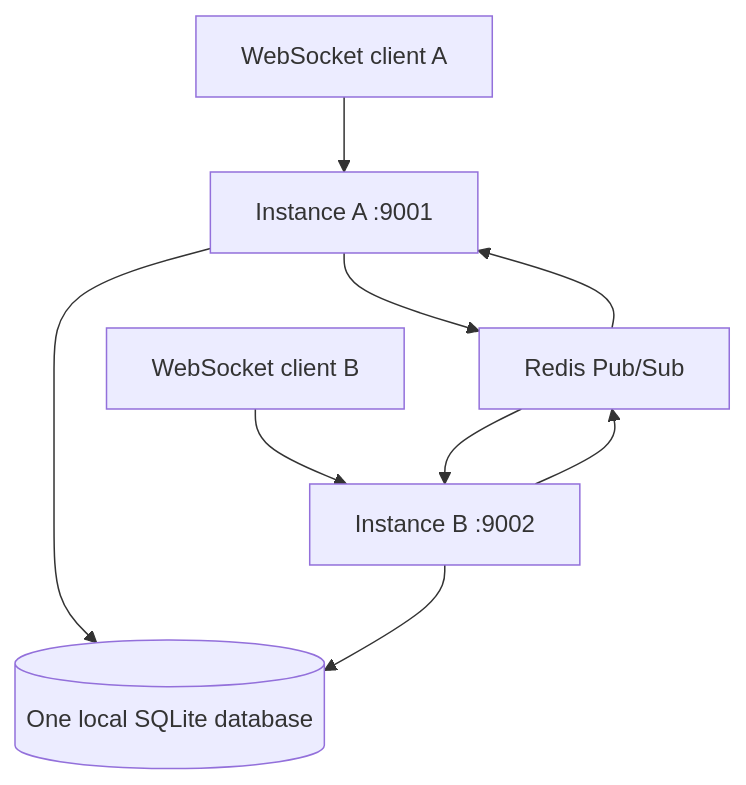
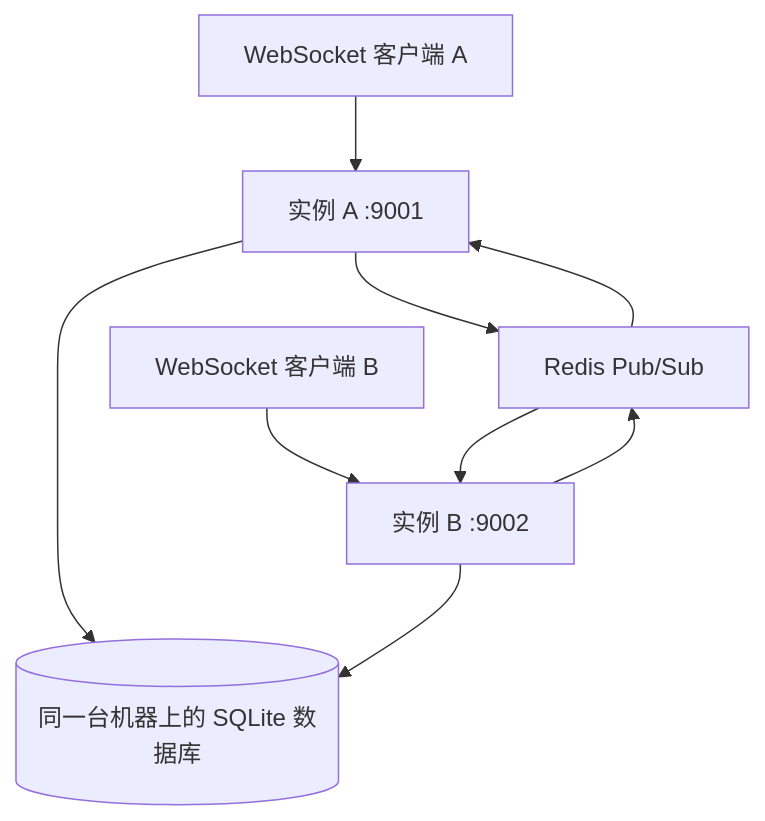
The diagram in docs/architecture.md (suyi32769-cyber/CppRealtimeMessagingServer), drawn with Mermaid before and after one commit. The commit also changed other lines of this file and 7 other files, not shown here.

````diff
--- a/docs/architecture.md
+++ b/docs/architecture.md
@@ -3,11 +3,11 @@
 ```mermaid
 flowchart TB
-    A[WebSocket client A] --> SA[Instance A :9001]
-    B[WebSocket client B] --> SB[Instance B :9002]
-    SA --> DB[(One local SQLite database)]
+    A[WebSocket 客户端 A] --> SA[实例 A :9001]
+    B[WebSocket 客户端 B] --> SB[实例 B :9002]
+    SA --> DB[(同一台机器上的 SQLite 数据库)]
     SB --> DB
     SA --> R[Redis Pub/Sub]
     R --> SB
     SB --> R
     R --> SA
 ```
````
